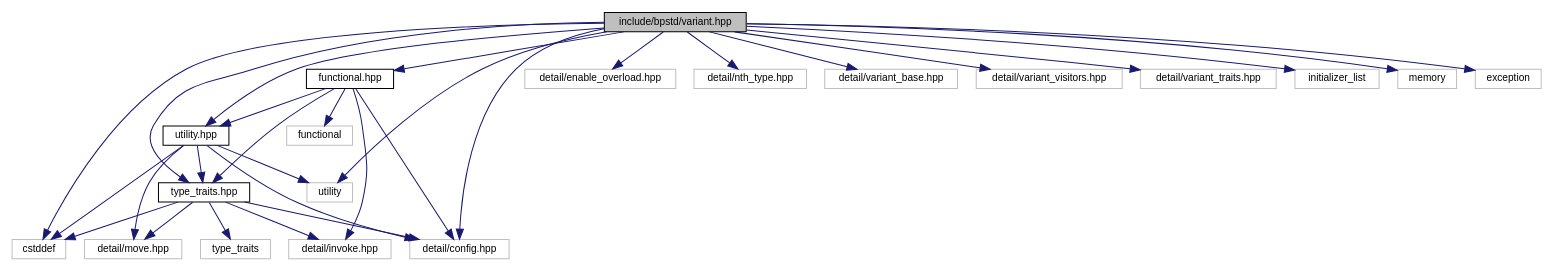
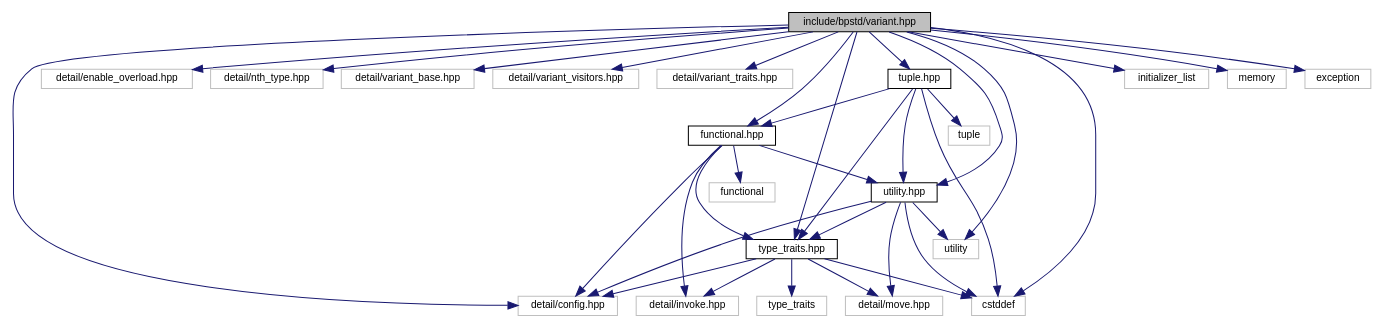
Before and after one commit to bitwizeshift/BackportCpp: the diagram in api/latest/d5/d63/variant_8hpp__incl.dot, drawn with Graphviz. The commit also changed 38 other files, not shown here.

```diff
--- a/api/latest/d5/d63/variant_8hpp__incl.dot
+++ b/api/latest/d5/d63/variant_8hpp__incl.dot
@@ -1,53 +1,61 @@
 digraph "include/bpstd/variant.hpp"
 {
   edge [fontname="Helvetica",fontsize="10",labelfontname="Helvetica",labelfontsize="10"];
   node [fontname="Helvetica",fontsize="10",shape=record];
   Node0 [label="include/bpstd/variant.hpp",height=0.2,width=0.4,color="black", fillcolor="grey75", style="filled", fontcolor="black"];
   Node0 -> Node1 [color="midnightblue",fontsize="10",style="solid",fontname="Helvetica"];
   Node1 [label="detail/config.hpp",height=0.2,width=0.4,color="grey75", fillcolor="white", style="filled"];
   Node0 -> Node2 [color="midnightblue",fontsize="10",style="solid",fontname="Helvetica"];
   Node2 [label="detail/enable_overload.hpp",height=0.2,width=0.4,color="grey75", fillcolor="white", style="filled"];
   Node0 -> Node3 [color="midnightblue",fontsize="10",style="solid",fontname="Helvetica"];
   Node3 [label="detail/nth_type.hpp",height=0.2,width=0.4,color="grey75", fillcolor="white", style="filled"];
   Node0 -> Node4 [color="midnightblue",fontsize="10",style="solid",fontname="Helvetica"];
   Node4 [label="detail/variant_base.hpp",height=0.2,width=0.4,color="grey75", fillcolor="white", style="filled"];
   Node0 -> Node5 [color="midnightblue",fontsize="10",style="solid",fontname="Helvetica"];
   Node5 [label="detail/variant_visitors.hpp",height=0.2,width=0.4,color="grey75", fillcolor="white", style="filled"];
   Node0 -> Node6 [color="midnightblue",fontsize="10",style="solid",fontname="Helvetica"];
   Node6 [label="detail/variant_traits.hpp",height=0.2,width=0.4,color="grey75", fillcolor="white", style="filled"];
   Node0 -> Node7 [color="midnightblue",fontsize="10",style="solid",fontname="Helvetica"];
-  Node7 [label="utility.hpp",height=0.2,width=0.4,color="black", fillcolor="white", style="filled",URL="$d1/d4e/utility_8hpp.html",tooltip="This header provides definitions from the C++ header <utility> "];
-  Node7 -> Node1 [color="midnightblue",fontsize="10",style="solid",fontname="Helvetica"];
+  Node7 [label="tuple.hpp",height=0.2,width=0.4,color="black", fillcolor="white", style="filled",URL="$d3/d6f/tuple_8hpp.html",tooltip="This header provides definitions from the C++ header <tuple> "];
   Node7 -> Node8 [color="midnightblue",fontsize="10",style="solid",fontname="Helvetica"];
-  Node8 [label="detail/move.hpp",height=0.2,width=0.4,color="grey75", fillcolor="white", style="filled"];
-  Node7 -> Node9 [color="midnightblue",fontsize="10",style="solid",fontname="Helvetica"];
-  Node9 [label="type_traits.hpp",height=0.2,width=0.4,color="black", fillcolor="white", style="filled",URL="$dc/d54/type__traits_8hpp.html",tooltip="This header provides definitions from the C++ header <type_traits> "];
-  Node9 -> Node1 [color="midnightblue",fontsize="10",style="solid",fontname="Helvetica"];
-  Node9 -> Node8 [color="midnightblue",fontsize="10",style="solid",fontname="Helvetica"];
-  Node9 -> Node10 [color="midnightblue",fontsize="10",style="solid",fontname="Helvetica"];
+  Node8 [label="type_traits.hpp",height=0.2,width=0.4,color="black", fillcolor="white", style="filled",URL="$dc/d54/type__traits_8hpp.html",tooltip="This header provides definitions from the C++ header <type_traits> "];
+  Node8 -> Node1 [color="midnightblue",fontsize="10",style="solid",fontname="Helvetica"];
+  Node8 -> Node9 [color="midnightblue",fontsize="10",style="solid",fontname="Helvetica"];
+  Node9 [label="detail/move.hpp",height=0.2,width=0.4,color="grey75", fillcolor="white", style="filled"];
+  Node8 -> Node10 [color="midnightblue",fontsize="10",style="solid",fontname="Helvetica"];
   Node10 [label="detail/invoke.hpp",height=0.2,width=0.4,color="grey75", fillcolor="white", style="filled"];
-  Node9 -> Node11 [color="midnightblue",fontsize="10",style="solid",fontname="Helvetica"];
+  Node8 -> Node11 [color="midnightblue",fontsize="10",style="solid",fontname="Helvetica"];
   Node11 [label="type_traits",height=0.2,width=0.4,color="grey75", fillcolor="white", style="filled"];
-  Node9 -> Node12 [color="midnightblue",fontsize="10",style="solid",fontname="Helvetica"];
+  Node8 -> Node12 [color="midnightblue",fontsize="10",style="solid",fontname="Helvetica"];
   Node12 [label="cstddef",height=0.2,width=0.4,color="grey75", fillcolor="white", style="filled"];
   Node7 -> Node13 [color="midnightblue",fontsize="10",style="solid",fontname="Helvetica"];
-  Node13 [label="utility",height=0.2,width=0.4,color="grey75", fillcolor="white", style="filled"];
+  Node13 [label="utility.hpp",height=0.2,width=0.4,color="black", fillcolor="white", style="filled",URL="$d1/d4e/utility_8hpp.html",tooltip="This header provides definitions from the C++ header <utility> "];
+  Node13 -> Node1 [color="midnightblue",fontsize="10",style="solid",fontname="Helvetica"];
+  Node13 -> Node9 [color="midnightblue",fontsize="10",style="solid",fontname="Helvetica"];
+  Node13 -> Node8 [color="midnightblue",fontsize="10",style="solid",fontname="Helvetica"];
+  Node13 -> Node14 [color="midnightblue",fontsize="10",style="solid",fontname="Helvetica"];
+  Node14 [label="utility",height=0.2,width=0.4,color="grey75", fillcolor="white", style="filled"];
+  Node13 -> Node12 [color="midnightblue",fontsize="10",style="solid",fontname="Helvetica"];
+  Node7 -> Node15 [color="midnightblue",fontsize="10",style="solid",fontname="Helvetica"];
+  Node15 [label="functional.hpp",height=0.2,width=0.4,color="black", fillcolor="white", style="filled",URL="$d2/db4/functional_8hpp.html",tooltip="This header provides definitions from the C++ header <functional> "];
+  Node15 -> Node1 [color="midnightblue",fontsize="10",style="solid",fontname="Helvetica"];
+  Node15 -> Node8 [color="midnightblue",fontsize="10",style="solid",fontname="Helvetica"];
+  Node15 -> Node13 [color="midnightblue",fontsize="10",style="solid",fontname="Helvetica"];
+  Node15 -> Node10 [color="midnightblue",fontsize="10",style="solid",fontname="Helvetica"];
+  Node15 -> Node16 [color="midnightblue",fontsize="10",style="solid",fontname="Helvetica"];
+  Node16 [label="functional",height=0.2,width=0.4,color="grey75", fillcolor="white", style="filled"];
+  Node7 -> Node17 [color="midnightblue",fontsize="10",style="solid",fontname="Helvetica"];
+  Node17 [label="tuple",height=0.2,width=0.4,color="grey75", fillcolor="white", style="filled"];
   Node7 -> Node12 [color="midnightblue",fontsize="10",style="solid",fontname="Helvetica"];
-  Node0 -> Node9 [color="midnightblue",fontsize="10",style="solid",fontname="Helvetica"];
+  Node0 -> Node13 [color="midnightblue",fontsize="10",style="solid",fontname="Helvetica"];
+  Node0 -> Node8 [color="midnightblue",fontsize="10",style="solid",fontname="Helvetica"];
+  Node0 -> Node15 [color="midnightblue",fontsize="10",style="solid",fontname="Helvetica"];
+  Node0 -> Node18 [color="midnightblue",fontsize="10",style="solid",fontname="Helvetica"];
+  Node18 [label="initializer_list",height=0.2,width=0.4,color="grey75", fillcolor="white", style="filled"];
+  Node0 -> Node19 [color="midnightblue",fontsize="10",style="solid",fontname="Helvetica"];
+  Node19 [label="memory",height=0.2,width=0.4,color="grey75", fillcolor="white", style="filled"];
+  Node0 -> Node20 [color="midnightblue",fontsize="10",style="solid",fontname="Helvetica"];
+  Node20 [label="exception",height=0.2,width=0.4,color="grey75", fillcolor="white", style="filled"];
+  Node0 -> Node12 [color="midnightblue",fontsize="10",style="solid",fontname="Helvetica"];
   Node0 -> Node14 [color="midnightblue",fontsize="10",style="solid",fontname="Helvetica"];
-  Node14 [label="functional.hpp",height=0.2,width=0.4,color="black", fillcolor="white", style="filled",URL="$d2/db4/functional_8hpp.html",tooltip="This header provides definitions from the C++ header <functional> "];
-  Node14 -> Node1 [color="midnightblue",fontsize="10",style="solid",fontname="Helvetica"];
-  Node14 -> Node9 [color="midnightblue",fontsize="10",style="solid",fontname="Helvetica"];
-  Node14 -> Node7 [color="midnightblue",fontsize="10",style="solid",fontname="Helvetica"];
-  Node14 -> Node10 [color="midnightblue",fontsize="10",style="solid",fontname="Helvetica"];
-  Node14 -> Node15 [color="midnightblue",fontsize="10",style="solid",fontname="Helvetica"];
-  Node15 [label="functional",height=0.2,width=0.4,color="grey75", fillcolor="white", style="filled"];
-  Node0 -> Node16 [color="midnightblue",fontsize="10",style="solid",fontname="Helvetica"];
-  Node16 [label="initializer_list",height=0.2,width=0.4,color="grey75", fillcolor="white", style="filled"];
-  Node0 -> Node17 [color="midnightblue",fontsize="10",style="solid",fontname="Helvetica"];
-  Node17 [label="memory",height=0.2,width=0.4,color="grey75", fillcolor="white", style="filled"];
-  Node0 -> Node18 [color="midnightblue",fontsize="10",style="solid",fontname="Helvetica"];
-  Node18 [label="exception",height=0.2,width=0.4,color="grey75", fillcolor="white", style="filled"];
-  Node0 -> Node12 [color="midnightblue",fontsize="10",style="solid",fontname="Helvetica"];
-  Node0 -> Node13 [color="midnightblue",fontsize="10",style="solid",fontname="Helvetica"];
 }
```
